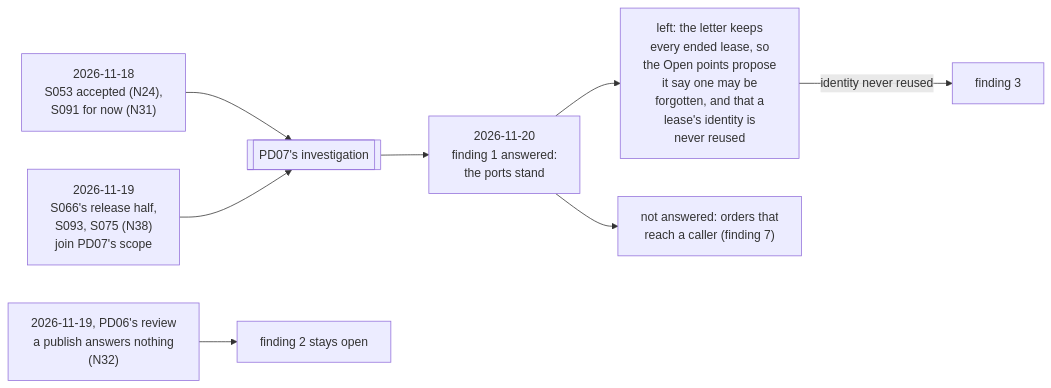
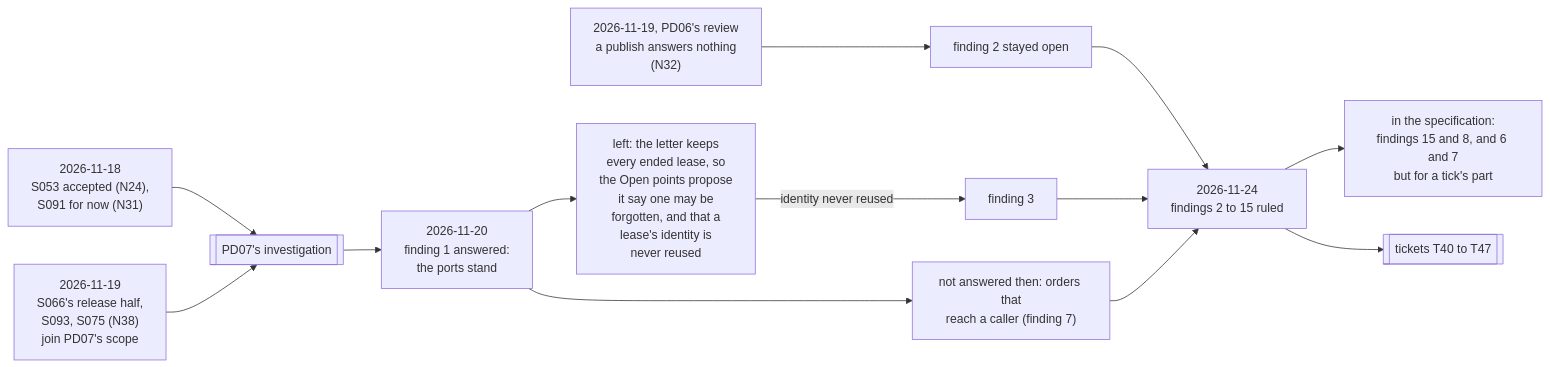
The first of 10 diagrams in double/SPEC-NOTES.md (BiscuitBin/pachinko), drawn with Mermaid before and after one commit. The commit also changed other lines of this file and 26 other files, not shown here.

First line of the commit message:
Rule on the Python double's findings: four rulings in the specification, the rest as tickets T40 to T47

````diff
--- a/double/SPEC-NOTES.md
+++ b/double/SPEC-NOTES.md
@@ -43,19 +50,27 @@
 ```mermaid
 flowchart LR
     r1["2026-11-18<br/>S053 accepted (N24),<br/>S091 for now (N31)"]
     r2["2026-11-19<br/>S066's release half,<br/>S093, S075 (N38)<br/>join PD07's scope"]
     pd07[["PD07's investigation"]]
     r5["2026-11-20<br/>finding 1 answered:<br/>the ports stand"]
     left["left: the letter keeps<br/>every ended lease, so<br/>the Open points propose<br/>it say one may be<br/>forgotten, and that a<br/>lease's identity is<br/>never reused"]
     f3["finding 3"]
-    f7["not answered: orders that<br/>reach a caller (finding 7)"]
+    f7["not answered then: orders that<br/>reach a caller (finding 7)"]
     r3["2026-11-19, PD06's review<br/>a publish answers nothing<br/>(N32)"]
-    f2["finding 2 stays open"]
+    f2["finding 2 stayed open"]
+    r6["2026-11-24<br/>findings 2 to 15 ruled"]
+    now["in the specification:<br/>findings 15 and 8, and 6 and 7<br/>but for a tick's part"]
+    tix[["tickets T40 to T47"]]
     r1 --> pd07
     r2 --> pd07
     pd07 --> r5
     r5 --> left
     left -- "identity never reused" --> f3
     r5 --> f7
     r3 --> f2
+    f2 --> r6
+    f3 --> r6
+    f7 --> r6
+    r6 --> now
+    r6 --> tix
 ```
````
